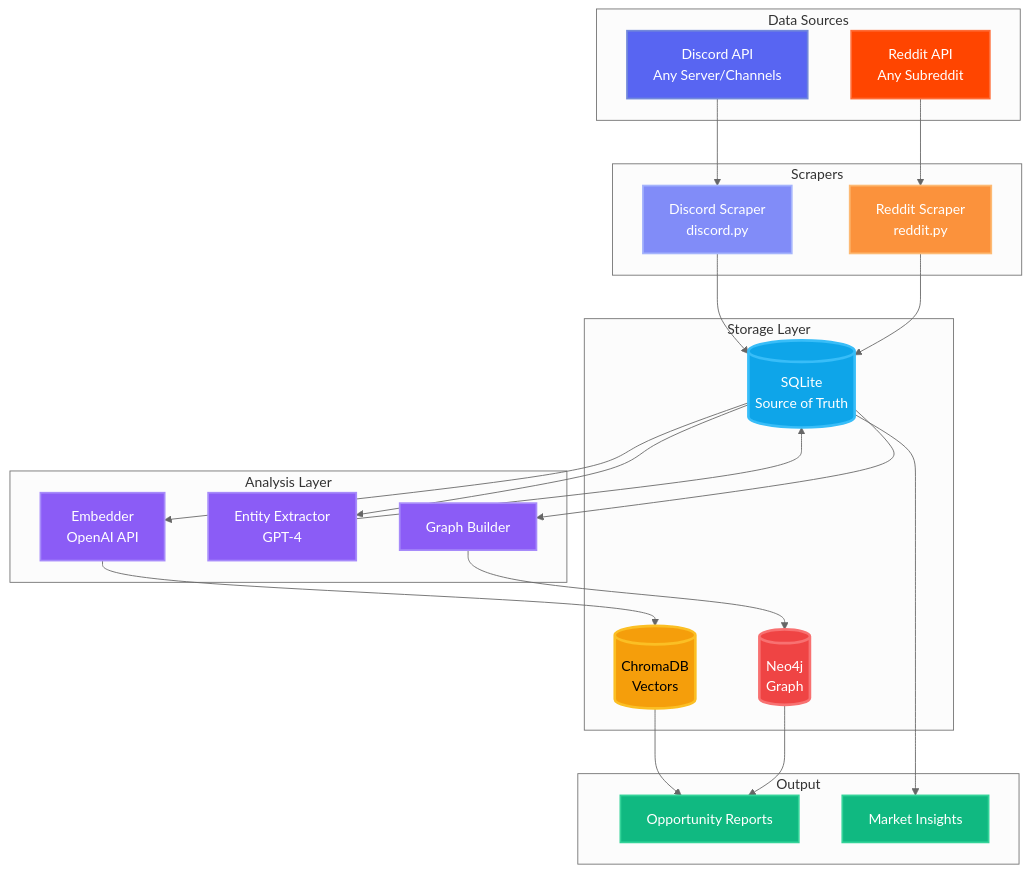
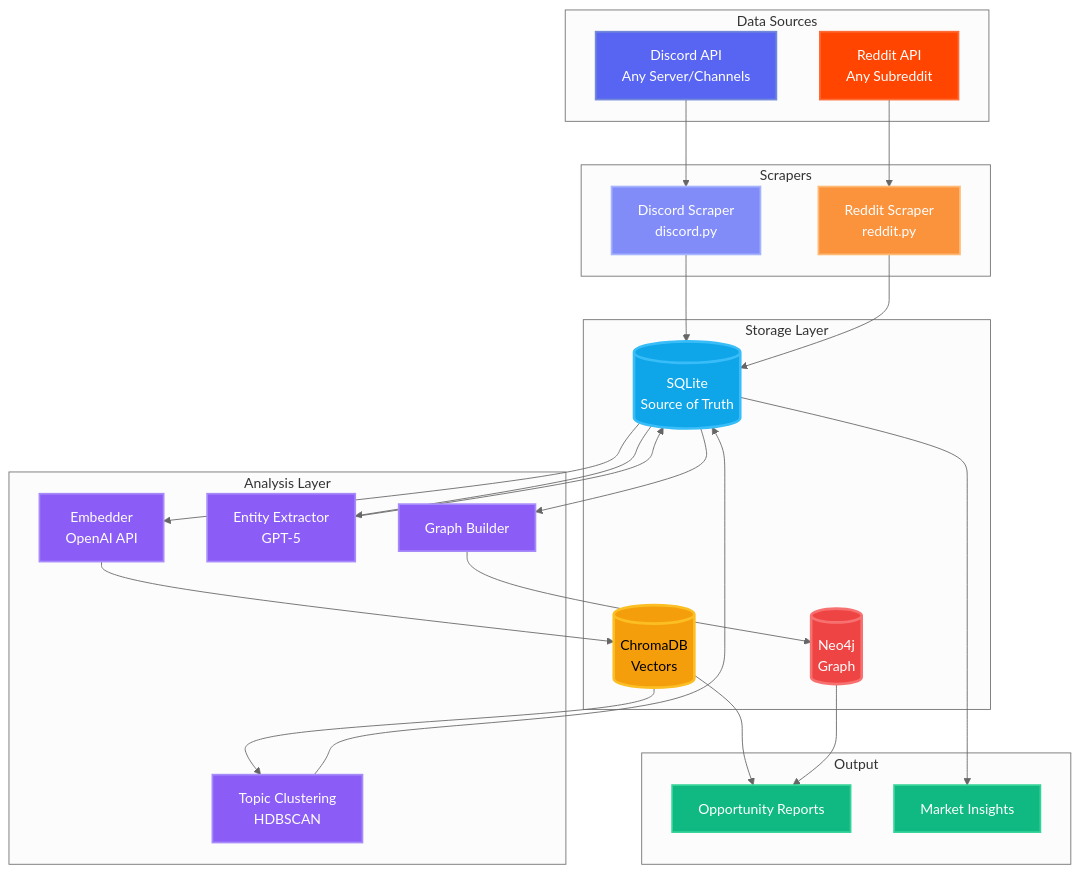
The first of 4 diagrams in README.md (ul0gic/discredit), drawn with Mermaid (neutral theme) before and after one commit. The commit also changed other lines of this file and 4 other files, not shown here.

Commit message:
Enhance clustering functionality: update to GPT-5, add clustering tables, and implement clustering run metadata storage

````diff
--- a/README.md
+++ b/README.md
@@ -44,60 +45,65 @@
 ```mermaid
 graph TB
     subgraph "Data Sources"
         Discord[Discord API<br/>Any Server/Channels]
         Reddit[Reddit API<br/>Any Subreddit]
     end
 
     subgraph "Scrapers"
         DS[Discord Scraper<br/>discord.py]
         RS[Reddit Scraper<br/>reddit.py]
     end
 
     subgraph "Storage Layer"
         SQLite[(SQLite<br/>Source of Truth)]
         ChromaDB[(ChromaDB<br/>Vectors)]
         Neo4j[(Neo4j<br/>Graph)]
     end
 
     subgraph "Analysis Layer"
         Embedder[Embedder<br/>OpenAI API]
-        Extractor[Entity Extractor<br/>GPT-4]
+        Clusterer[Topic Clustering<br/>HDBSCAN]
+        Extractor[Entity Extractor<br/>GPT-5]
         GraphBuilder[Graph Builder]
     end
 
     subgraph "Output"
         Reports[Opportunity Reports]
         Insights[Market Insights]
     end
 
     Discord --> DS
     Reddit --> RS
     DS --> SQLite
     RS --> SQLite
 
     SQLite --> Embedder
     Embedder --> ChromaDB
+
+    ChromaDB --> Clusterer
+    Clusterer --> SQLite
 
     SQLite --> Extractor
     Extractor --> SQLite
 
     SQLite --> GraphBuilder
     GraphBuilder --> Neo4j
 
     ChromaDB --> Reports
     Neo4j --> Reports
     SQLite --> Insights
 
     style SQLite fill:#0ea5e9,stroke:#38bdf8,stroke-width:3px,color:#fff
     style ChromaDB fill:#f59e0b,stroke:#fbbf24,stroke-width:3px,color:#000
     style Neo4j fill:#ef4444,stroke:#f87171,stroke-width:3px,color:#fff
     style Discord fill:#5865f2,stroke:#7289da,stroke-width:2px,color:#fff
     style Reddit fill:#ff4500,stroke:#ff6b35,stroke-width:2px,color:#fff
     style DS fill:#818cf8,stroke:#a5b4fc,stroke-width:2px,color:#fff
     style RS fill:#fb923c,stroke:#fdba74,stroke-width:2px,color:#fff
     style Embedder fill:#8b5cf6,stroke:#a78bfa,stroke-width:2px,color:#fff
+    style Clusterer fill:#8b5cf6,stroke:#a78bfa,stroke-width:2px,color:#fff
     style Extractor fill:#8b5cf6,stroke:#a78bfa,stroke-width:2px,color:#fff
     style GraphBuilder fill:#8b5cf6,stroke:#a78bfa,stroke-width:2px,color:#fff
     style Reports fill:#10b981,stroke:#34d399,stroke-width:2px,color:#fff
     style Insights fill:#10b981,stroke:#34d399,stroke-width:2px,color:#fff
 ```
````
